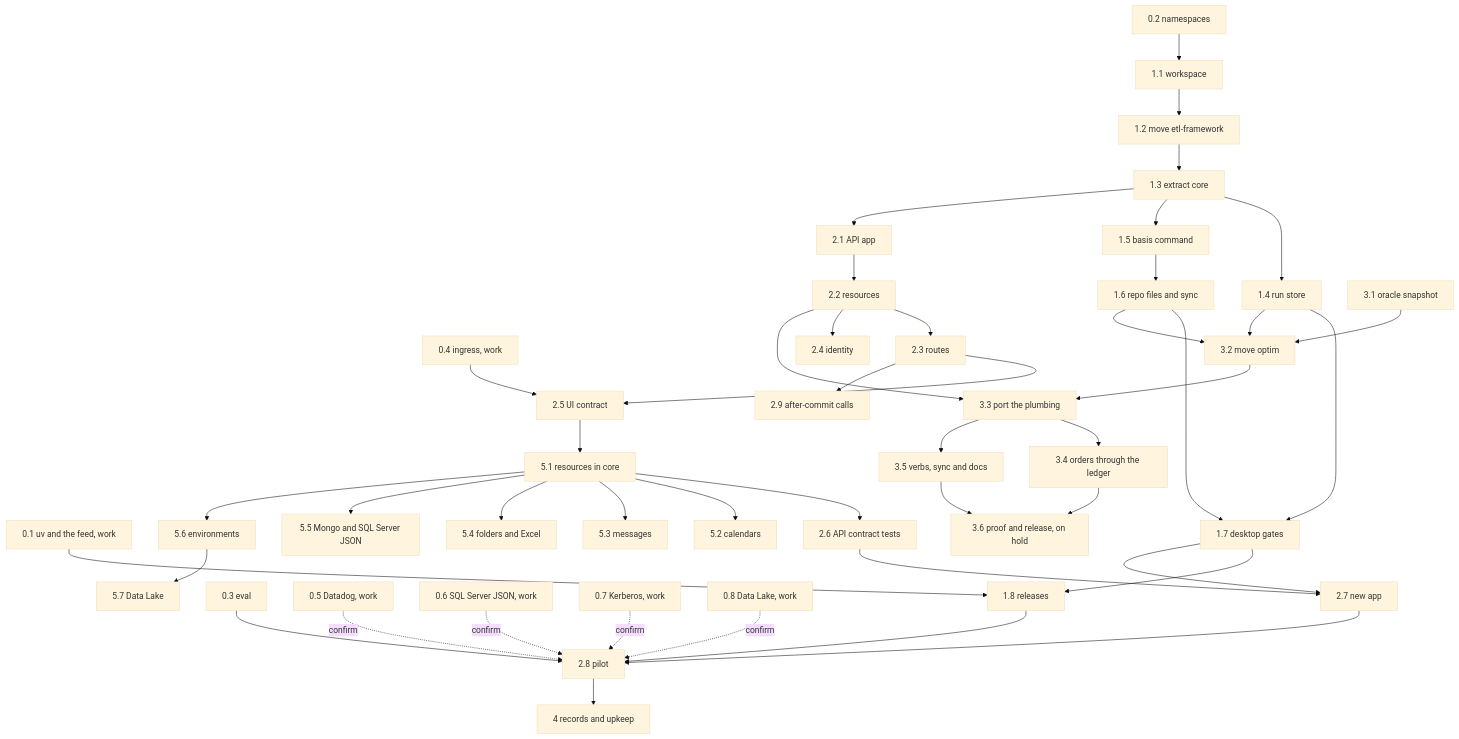
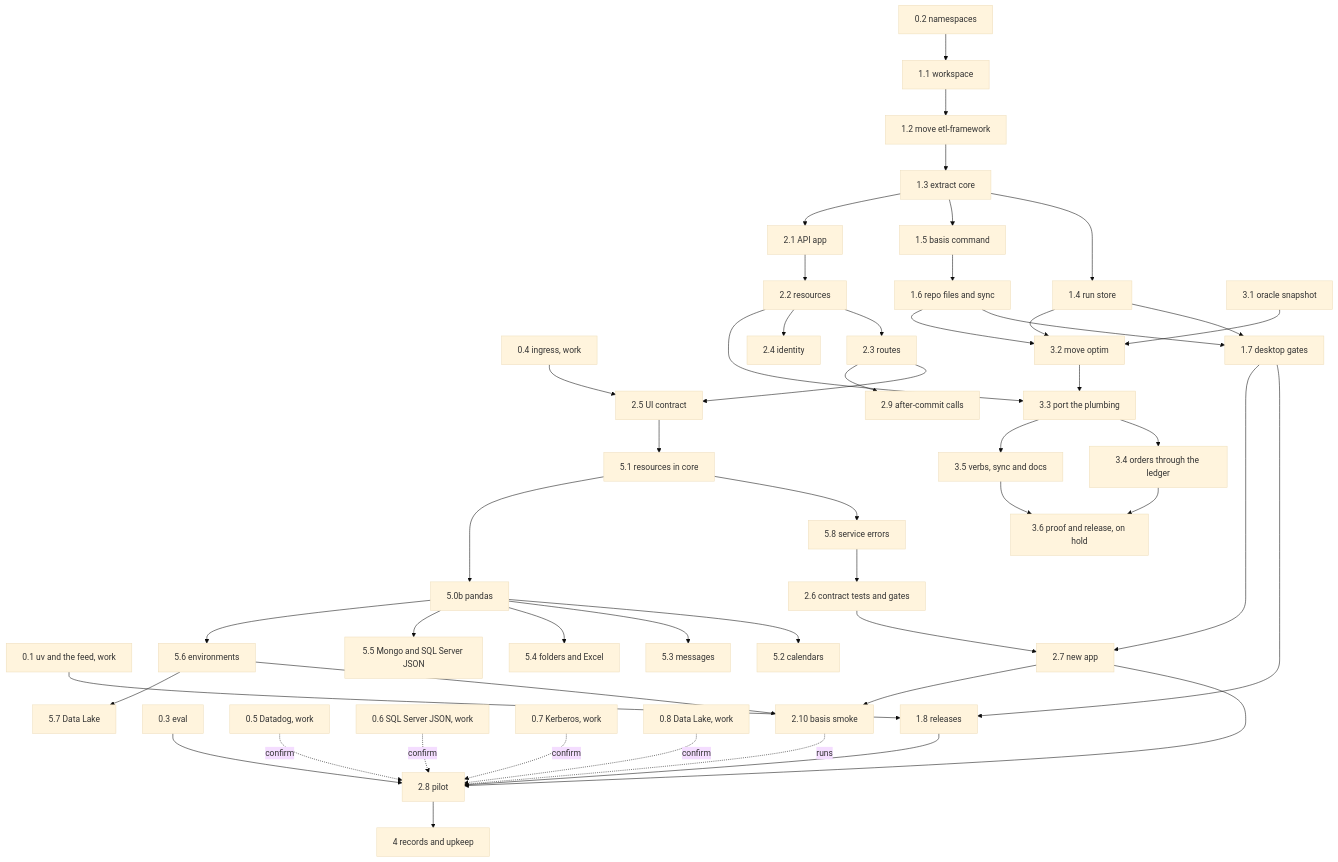
The diagram in docs/roadmap.md (jacobragsdale/basis), drawn with Mermaid (base theme) before and after one commit. The commit also changed other lines of this file and 2 other files, not shown here.

First line of the commit message:
Layers for API repos, service errors, testing gates, basis smoke and pandas, in the design and the roadmap

````diff
--- a/docs/roadmap.md
+++ b/docs/roadmap.md
@@ -29,32 +30,36 @@
 ```mermaid
 flowchart TD
   s01[0.1 uv and the feed, work] --> r8[1.8 releases]
   s02[0.2 namespaces] --> r1[1.1 workspace]
   s03[0.3 eval] --> a8[2.8 pilot]
   s04[0.4 ingress, work] --> a5[2.5 UI contract]
   s05[0.5 Datadog, work] -. confirm .-> a8
   s06[0.6 SQL Server JSON, work] -. confirm .-> a8
   s07[0.7 Kerberos, work] -. confirm .-> a8
   s08[0.8 Data Lake, work] -. confirm .-> a8
   r1 --> r2[1.2 move etl-framework] --> r3[1.3 extract core]
   r3 --> r4[1.4 run store]
   r3 --> r5[1.5 basis command] --> r6[1.6 repo files and sync] --> r7[1.7 desktop gates]
   r4 --> r7
   r7 --> r8
-  r3 --> a1[2.1 API app] --> a2[2.2 resources] --> a3[2.3 routes] --> a5 --> c1[5.1 resources in core] --> a6[2.6 API contract tests] --> a7[2.7 new app] --> a8
+  r3 --> a1[2.1 API app] --> a2[2.2 resources] --> a3[2.3 routes] --> a5 --> c1[5.1 resources in core] --> c8[5.8 service errors] --> a6[2.6 contract tests and gates] --> a7[2.7 new app] --> a8
   a2 --> a4[2.4 identity]
   a3 --> a9[2.9 after-commit calls]
   r7 --> a7
   r8 --> a8
+  a7 --> a10[2.10 basis smoke]
+  c6 --> a10
+  a10 -. runs .-> a8
   r4 --> o2[3.2 move optim]
   r6 --> o2
   o1[3.1 oracle snapshot] --> o2 --> o3[3.3 port the plumbing] --> o4[3.4 orders through the ledger] --> o6[3.6 proof and release, on hold]
   a2 --> o3
   o3 --> o5[3.5 verbs, sync and docs] --> o6
   a8 --> g[4 records and upkeep]
-  c1 --> c2[5.2 calendars]
-  c1 --> c3[5.3 messages]
-  c1 --> c4[5.4 folders and Excel]
-  c1 --> c5[5.5 Mongo and SQL Server JSON]
-  c1 --> c6[5.6 environments] --> c7[5.7 Data Lake]
+  c1 --> c0[5.0b pandas]
+  c0 --> c2[5.2 calendars]
+  c0 --> c3[5.3 messages]
+  c0 --> c4[5.4 folders and Excel]
+  c0 --> c5[5.5 Mongo and SQL Server JSON]
+  c0 --> c6[5.6 environments] --> c7[5.7 Data Lake]
 ```
````
